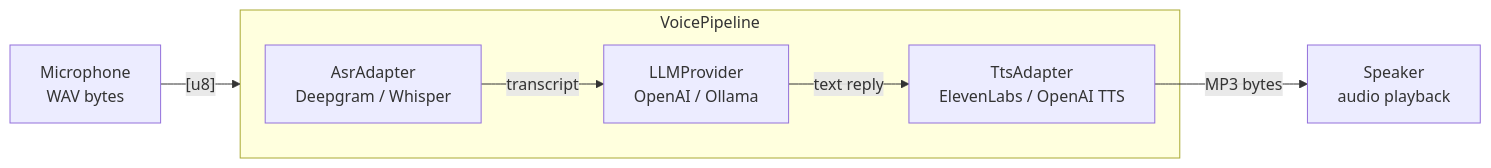
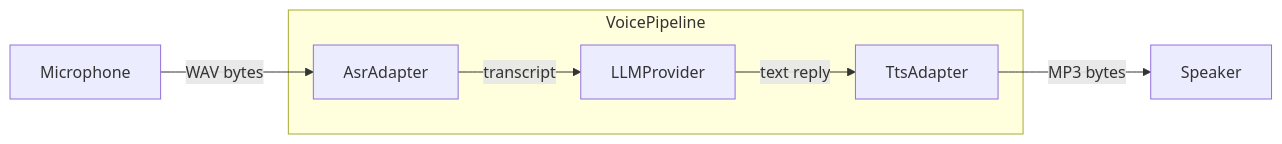
One commit to mofa-org/mofa changed the diagram in docs/mofa-doc/src/guides/voice.md. Above: the diagram before and after it, drawn with Mermaid.

Commit message:
fix(docs): simplify voice.md Mermaid diagram to avoid escaping issues

````diff
--- a/docs/mofa-doc/src/guides/voice.md
+++ b/docs/mofa-doc/src/guides/voice.md
@@ -9,11 +9,11 @@
 ```mermaid
 graph LR
-    MIC[Microphone\nWAV bytes] -->|&lsqb;u8&rsqb;| VP
+    MIC[Microphone] -->|WAV bytes| ASR
 
-    subgraph VP[VoicePipeline]
-        ASR[AsrAdapter\nDeepgram / Whisper] -->|transcript| LLM[LLMProvider\nOpenAI / Ollama]
-        LLM -->|text reply| TTS[TtsAdapter\nElevenLabs / OpenAI TTS]
+    subgraph VoicePipeline
+        ASR[AsrAdapter] -->|transcript| LLM[LLMProvider]
+        LLM -->|text reply| TTS[TtsAdapter]
     end
 
-    TTS -->|MP3 bytes| SPK[Speaker\naudio playback]
+    TTS -->|MP3 bytes| SPK[Speaker]
 ```
````
